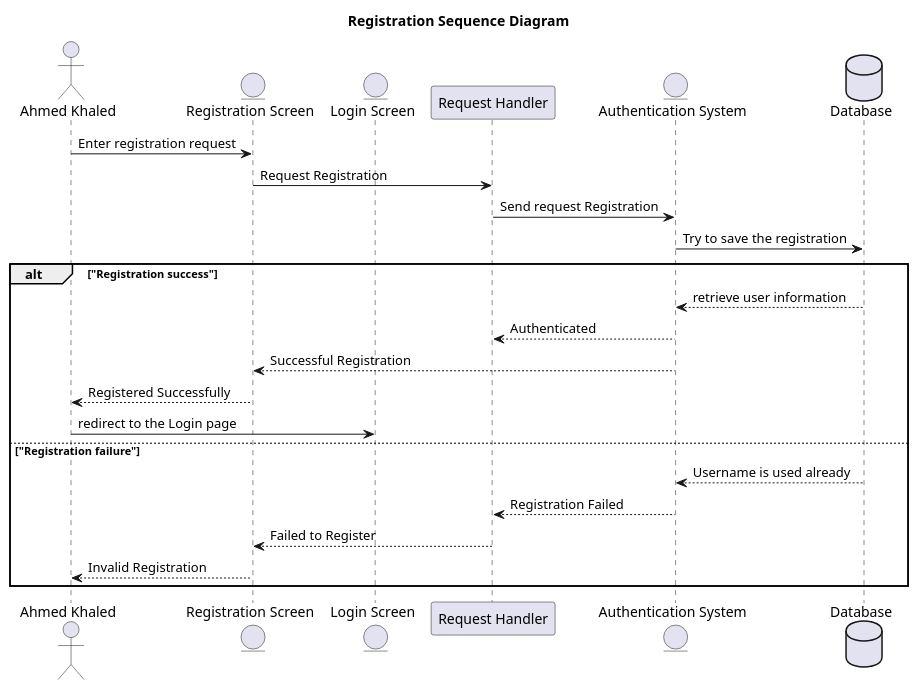
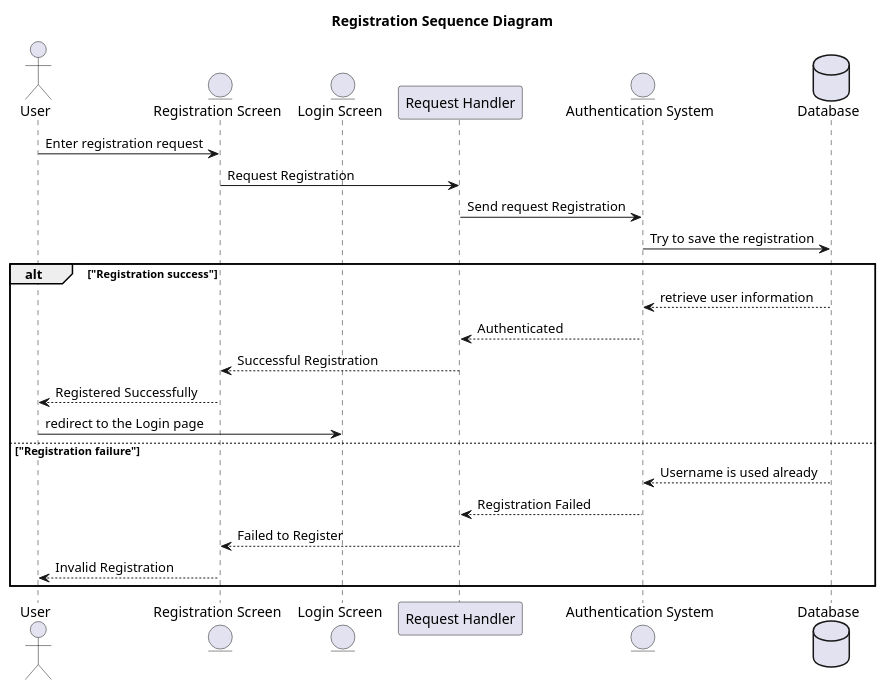
Before and after one commit to AhmedBakrXI/Traveller-Planner: the diagram in diagrams/Registration Sequence Diagram.puml, drawn with PlantUML. The commit also changed 3 other files, not shown here.

Commit message:
Added diagrams

```diff
--- a/diagrams/Registration Sequence Diagram.puml
+++ b/diagrams/Registration Sequence Diagram.puml
@@ -1,35 +1,35 @@
 @startuml "Register"
 
 ' autonumber
 
 title "Registration Sequence Diagram"
 
-actor "Ahmed Khaled" as user
+actor "User" as user
 
 entity "Registration Screen" as registration
 entity "Login Screen" as login
 participant "Request Handler" as request
 entity "Authentication System" as auth
 
 database Database as db
 
 
 user -> registration: Enter registration request
 registration -> request: Request Registration
 request -> auth: Send request Registration
 auth -> db: Try to save the registration
 
 alt "Registration success"
     auth <-- db: retrieve user information
     request <-- auth: Authenticated
-    auth --> registration: Successful Registration
+    request --> registration: Successful Registration
     registration --> user: Registered Successfully
     user -> login: redirect to the Login page
 else "Registration failure"
     db-->auth: Username is used already
     auth --> request: Registration Failed
     request --> registration: Failed to Register
     registration --> user: Invalid Registration
 end
 
 @enduml
```
